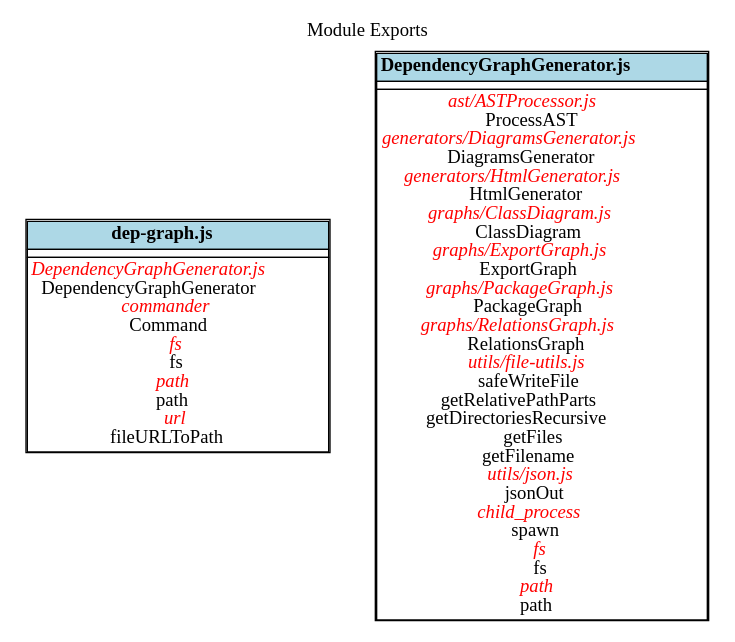
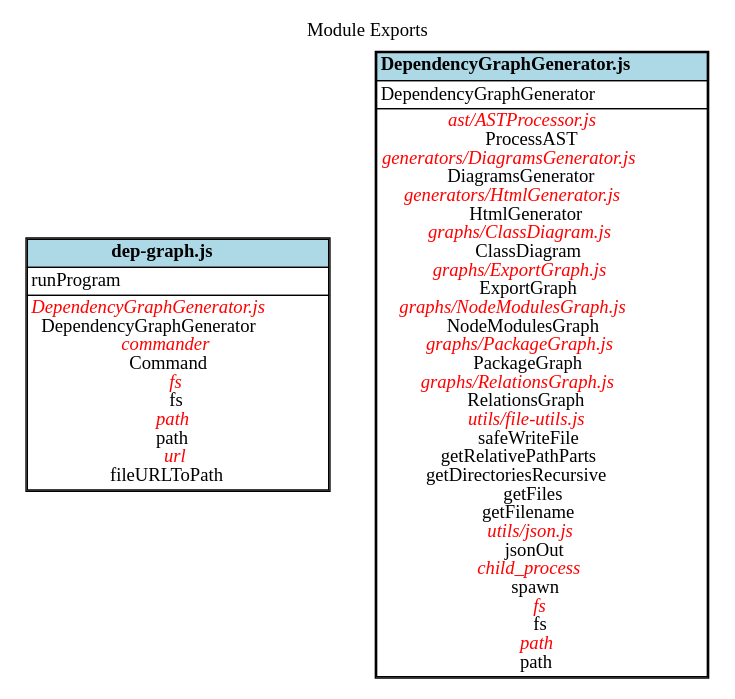
One commit to fleebe/dep-graph changed the diagram in docs/ExportGraph.dot. Above: the diagram before and after it, drawn with Graphviz. The commit also changed 38 other files, not shown here.

```diff
--- a/docs/ExportGraph.dot
+++ b/docs/ExportGraph.dot
@@ -1,57 +1,61 @@
 digraph {label=" Module Exports";
 labelloc="t";
 "dep-graph.js" [shape=none, label=<<TABLE cellspacing="0" cellborder="1">
 <TR><TD bgcolor="lightblue" align="center"><B>dep-graph.js</B></TD></TR>
 <TR><TD align="left">
+runProgram<BR/>
 </TD></TR>
 <TR><TD align="center">
 <font color="red"><I>DependencyGraphGenerator.js</I></font><BR/>
 DependencyGraphGenerator<BR/>
 <font color="red"><I>commander</I></font><BR/>
 Command<BR/>
 <font color="red"><I>fs</I></font><BR/>
 fs<BR/>
 <font color="red"><I>path</I></font><BR/>
 path<BR/>
 <font color="red"><I>url</I></font><BR/>
 fileURLToPath<BR/>
 </TD></TR>
 </TABLE>>];
 
 "DependencyGraphGenerator.js" [shape=none, label=<<TABLE cellspacing="0" cellborder="1">
 <TR><TD bgcolor="lightblue" align="center"><B>DependencyGraphGenerator.js</B></TD></TR>
 <TR><TD align="left">
+DependencyGraphGenerator<BR/>
 </TD></TR>
 <TR><TD align="center">
 <font color="red"><I>ast/ASTProcessor.js</I></font><BR/>
 ProcessAST<BR/>
 <font color="red"><I>generators/DiagramsGenerator.js</I></font><BR/>
 DiagramsGenerator<BR/>
 <font color="red"><I>generators/HtmlGenerator.js</I></font><BR/>
 HtmlGenerator<BR/>
 <font color="red"><I>graphs/ClassDiagram.js</I></font><BR/>
 ClassDiagram<BR/>
 <font color="red"><I>graphs/ExportGraph.js</I></font><BR/>
 ExportGraph<BR/>
+<font color="red"><I>graphs/NodeModulesGraph.js</I></font><BR/>
+NodeModulesGraph<BR/>
 <font color="red"><I>graphs/PackageGraph.js</I></font><BR/>
 PackageGraph<BR/>
 <font color="red"><I>graphs/RelationsGraph.js</I></font><BR/>
 RelationsGraph<BR/>
 <font color="red"><I>utils/file-utils.js</I></font><BR/>
 safeWriteFile<BR/>
 getRelativePathParts<BR/>
 getDirectoriesRecursive<BR/>
 getFiles<BR/>
 getFilename<BR/>
 <font color="red"><I>utils/json.js</I></font><BR/>
 jsonOut<BR/>
 <font color="red"><I>child_process</I></font><BR/>
 spawn<BR/>
 <font color="red"><I>fs</I></font><BR/>
 fs<BR/>
 <font color="red"><I>path</I></font><BR/>
 path<BR/>
 </TD></TR>
 </TABLE>>];
 
 }
```
